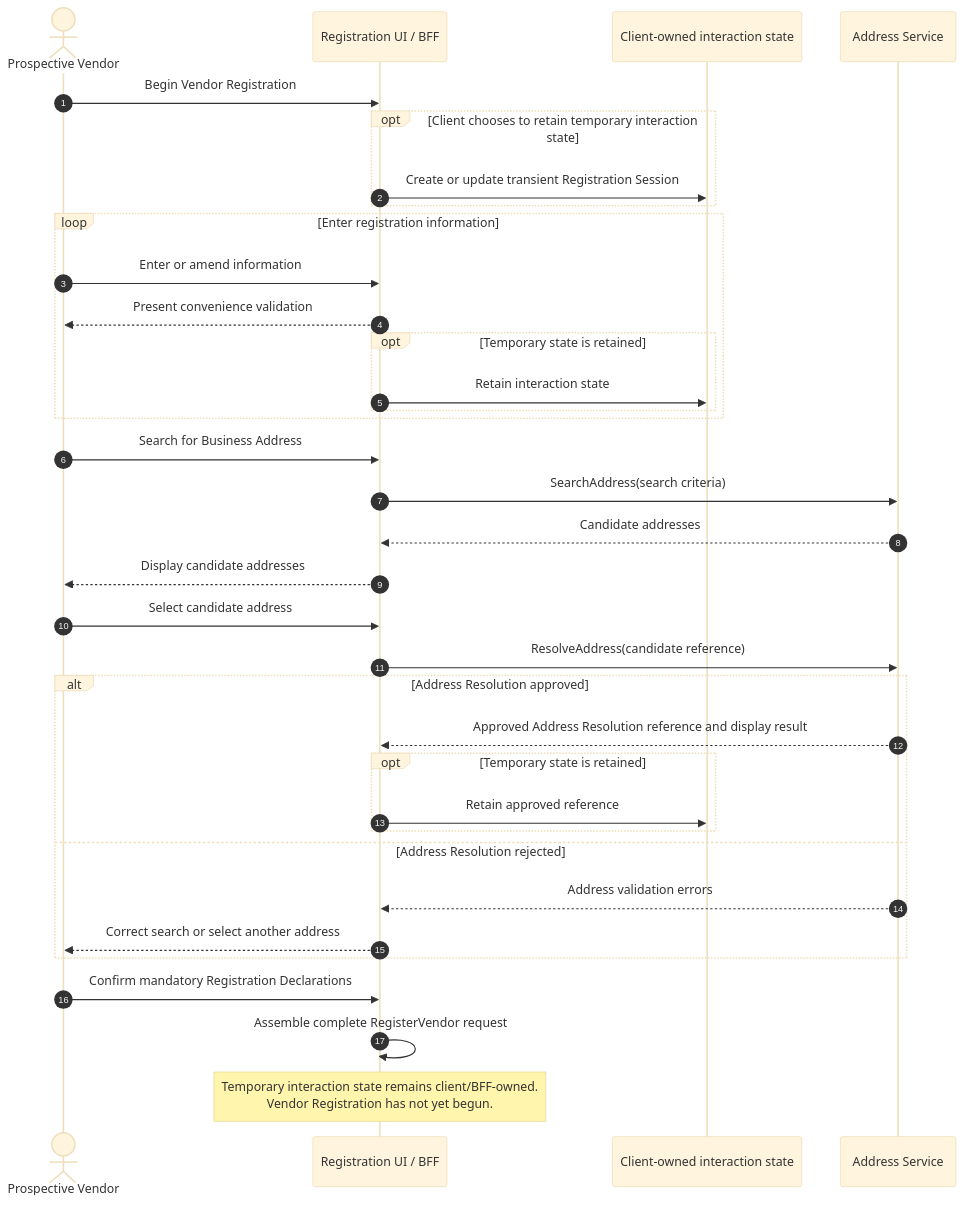
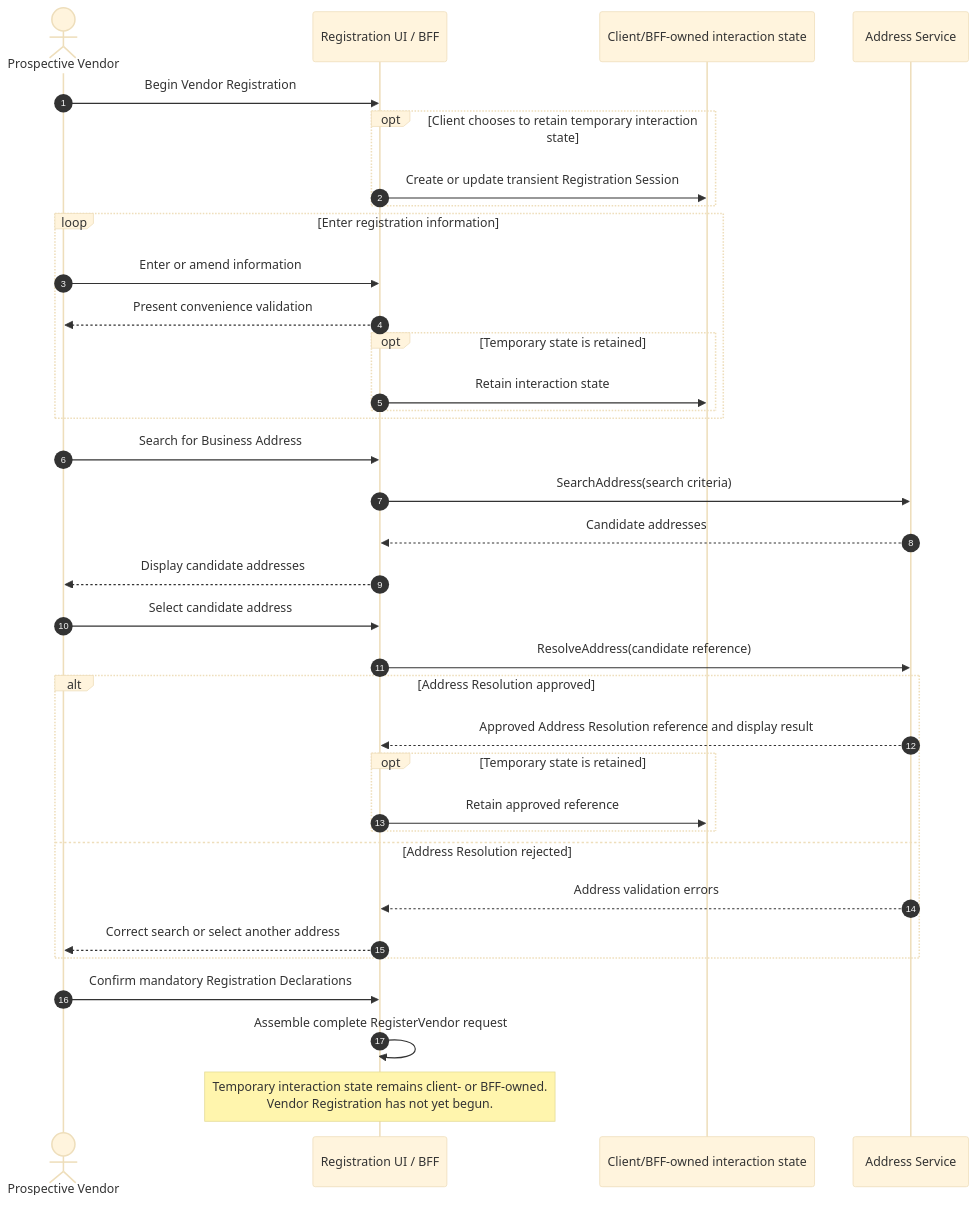
One commit to Joasties/HotJoes changed the first of 7 diagrams in docs/architecture/HJ-105 - Vendor Registration Sequence Diagram.md. Above: the diagram before and after it, drawn with Mermaid (base theme). The commit also changed other lines of this file and 25 other files, not shown here.

First line of the commit message:
Add Epic 1 scope and architecture concern governance

````diff
--- a/docs/architecture/HJ-105 - Vendor Registration Sequence Diagram.md
+++ b/docs/architecture/HJ-105 - Vendor Registration Sequence Diagram.md
@@ -159,42 +162,42 @@
 ```mermaid
 sequenceDiagram
     autonumber
     actor Applicant as Prospective Vendor
     participant Client as Registration UI / BFF
-    participant LocalState as Client-owned interaction state
+    participant LocalState as Client/BFF-owned interaction state
     participant Address as Address Service
 
     Applicant->>Client: Begin Vendor Registration
     opt Client chooses to retain temporary interaction state
         Client->>LocalState: Create or update transient Registration Session
     end
 
     loop Enter registration information
         Applicant->>Client: Enter or amend information
         Client-->>Applicant: Present convenience validation
         opt Temporary state is retained
             Client->>LocalState: Retain interaction state
         end
     end
 
     Applicant->>Client: Search for Business Address
     Client->>Address: SearchAddress(search criteria)
     Address-->>Client: Candidate addresses
     Client-->>Applicant: Display candidate addresses
 
     Applicant->>Client: Select candidate address
     Client->>Address: ResolveAddress(candidate reference)
     alt Address Resolution approved
         Address-->>Client: Approved Address Resolution reference and display result
         opt Temporary state is retained
             Client->>LocalState: Retain approved reference
         end
     else Address Resolution rejected
         Address-->>Client: Address validation errors
         Client-->>Applicant: Correct search or select another address
     end
 
     Applicant->>Client: Confirm mandatory Registration Declarations
     Client->>Client: Assemble complete RegisterVendor request
-    Note over Client: Temporary interaction state remains client/BFF-owned.<br/>Vendor Registration has not yet begun.
+    Note over Client: Temporary interaction state remains client- or BFF-owned.<br/>Vendor Registration has not yet begun.
 ```
````
